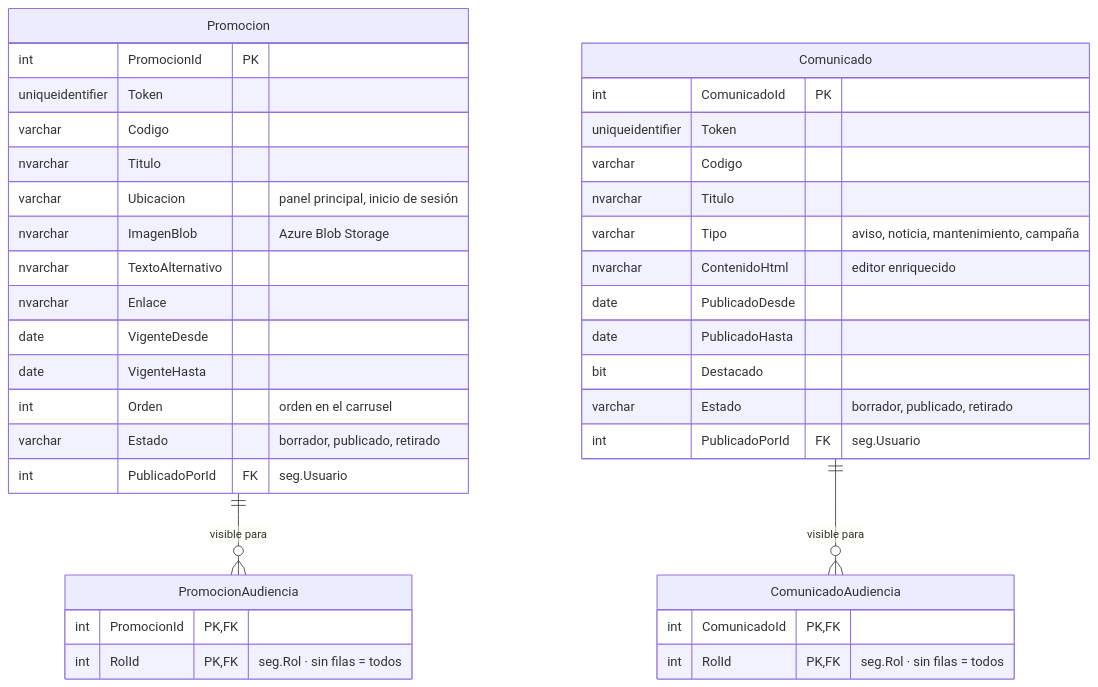
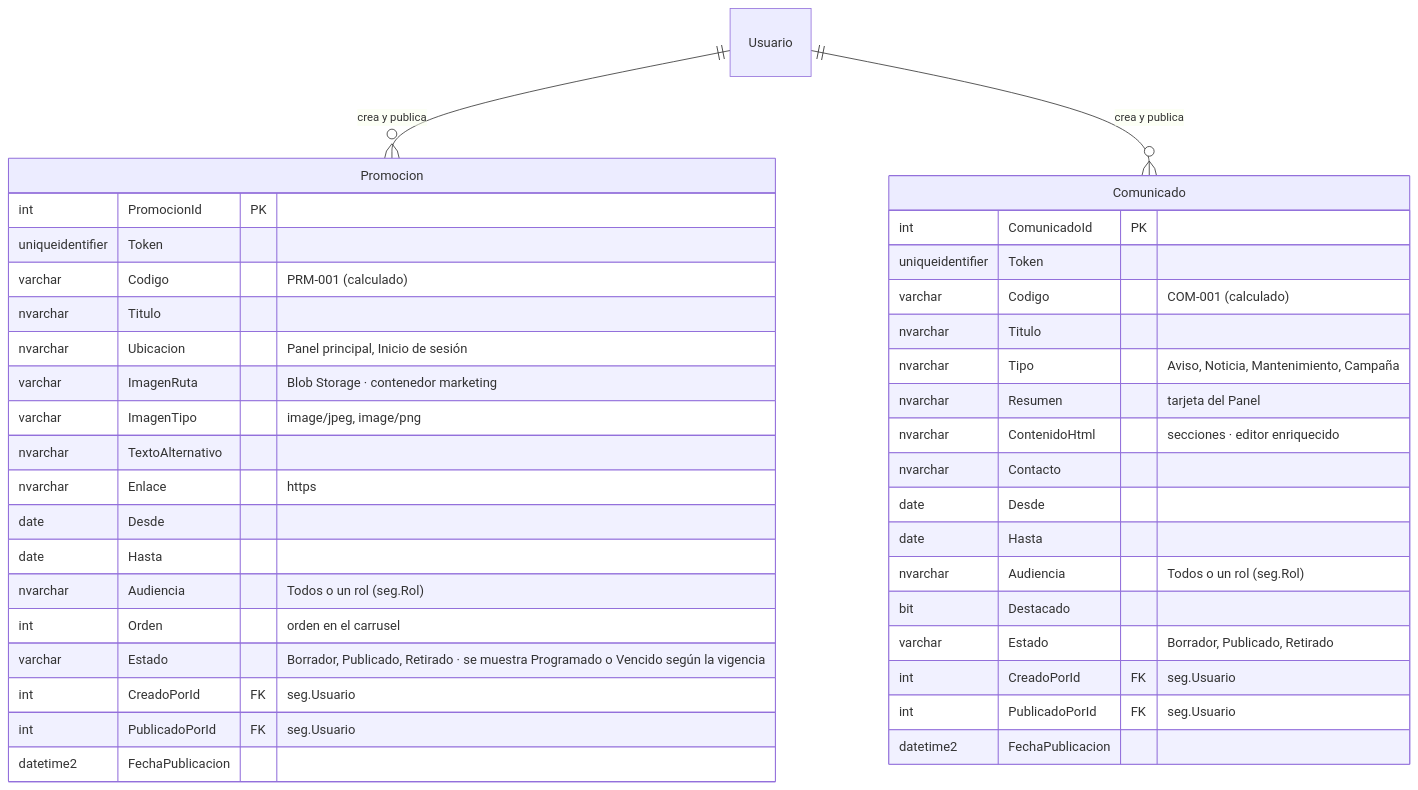
Before and after one commit to buenchico40/ProBank: the diagram in spec/modelo-datos/07-marketing.mmd, drawn with Mermaid. The commit also changed 304 other files, not shown here.

First line of the commit message:
Presupuesto, Consultas dinámicas, Configuración y Bóveda; mejoras de Portafolio, Marketing y Panel

```diff
--- a/spec/modelo-datos/07-marketing.mmd
+++ b/spec/modelo-datos/07-marketing.mmd
@@ -1,39 +1,40 @@
 erDiagram
-  Promocion ||--o{ PromocionAudiencia : "visible para"
-  Comunicado ||--o{ ComunicadoAudiencia : "visible para"
+  Usuario ||--o{ Promocion : "crea y publica"
+  Usuario ||--o{ Comunicado : "crea y publica"
   Promocion {
     int PromocionId PK
     uniqueidentifier Token
-    varchar Codigo
+    varchar Codigo "PRM-001 (calculado)"
     nvarchar Titulo
-    varchar Ubicacion "panel principal, inicio de sesión"
-    nvarchar ImagenBlob "Azure Blob Storage"
+    nvarchar Ubicacion "Panel principal, Inicio de sesión"
+    varchar ImagenRuta "Blob Storage · contenedor marketing"
+    varchar ImagenTipo "image/jpeg, image/png"
     nvarchar TextoAlternativo
-    nvarchar Enlace
-    date VigenteDesde
-    date VigenteHasta
+    nvarchar Enlace "https"
+    date Desde
+    date Hasta
+    nvarchar Audiencia "Todos o un rol (seg.Rol)"
     int Orden "orden en el carrusel"
-    varchar Estado "borrador, publicado, retirado"
+    varchar Estado "Borrador, Publicado, Retirado · se muestra Programado o Vencido según la vigencia"
+    int CreadoPorId FK "seg.Usuario"
     int PublicadoPorId FK "seg.Usuario"
-  }
-  PromocionAudiencia {
-    int PromocionId PK,FK
-    int RolId PK,FK "seg.Rol · sin filas = todos"
+    datetime2 FechaPublicacion
   }
   Comunicado {
     int ComunicadoId PK
     uniqueidentifier Token
-    varchar Codigo
+    varchar Codigo "COM-001 (calculado)"
     nvarchar Titulo
-    varchar Tipo "aviso, noticia, mantenimiento, campaña"
-    nvarchar ContenidoHtml "editor enriquecido"
-    date PublicadoDesde
-    date PublicadoHasta
+    nvarchar Tipo "Aviso, Noticia, Mantenimiento, Campaña"
+    nvarchar Resumen "tarjeta del Panel"
+    nvarchar ContenidoHtml "secciones · editor enriquecido"
+    nvarchar Contacto
+    date Desde
+    date Hasta
+    nvarchar Audiencia "Todos o un rol (seg.Rol)"
     bit Destacado
-    varchar Estado "borrador, publicado, retirado"
+    varchar Estado "Borrador, Publicado, Retirado"
+    int CreadoPorId FK "seg.Usuario"
     int PublicadoPorId FK "seg.Usuario"
+    datetime2 FechaPublicacion
   }
-  ComunicadoAudiencia {
-    int ComunicadoId PK,FK
-    int RolId PK,FK "seg.Rol · sin filas = todos"
-  }
```
